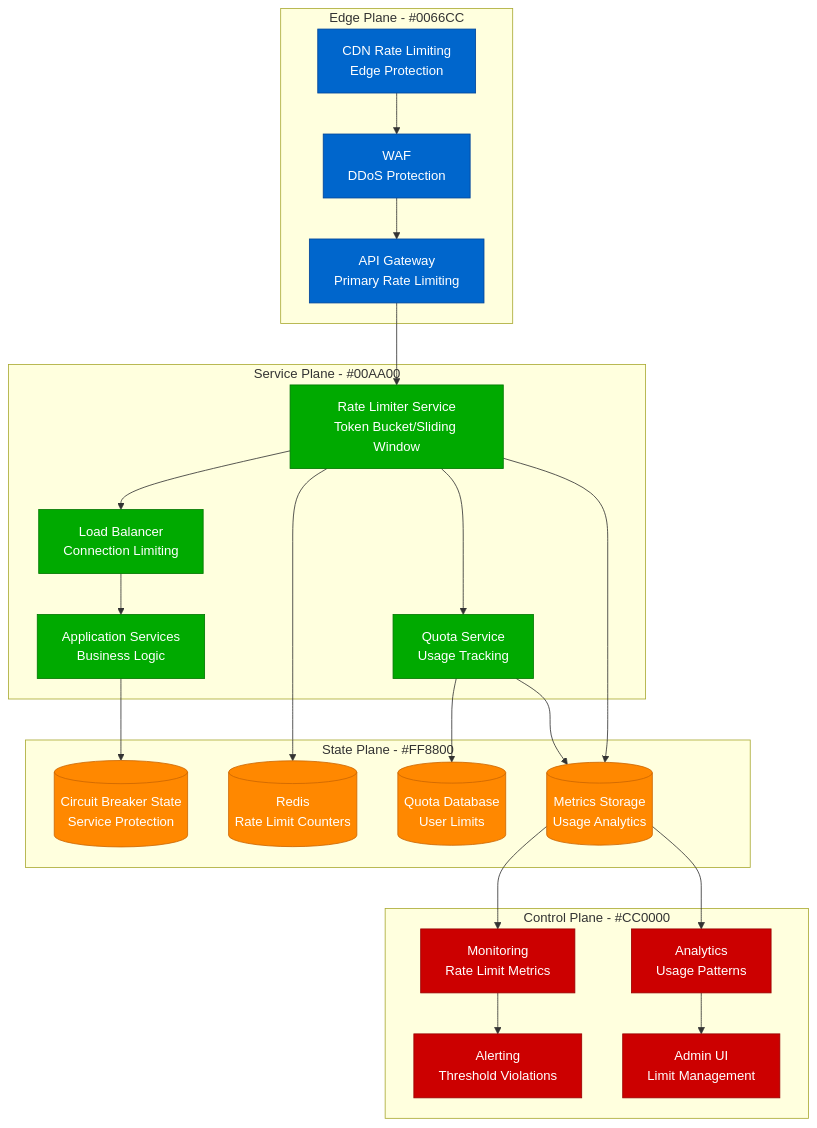
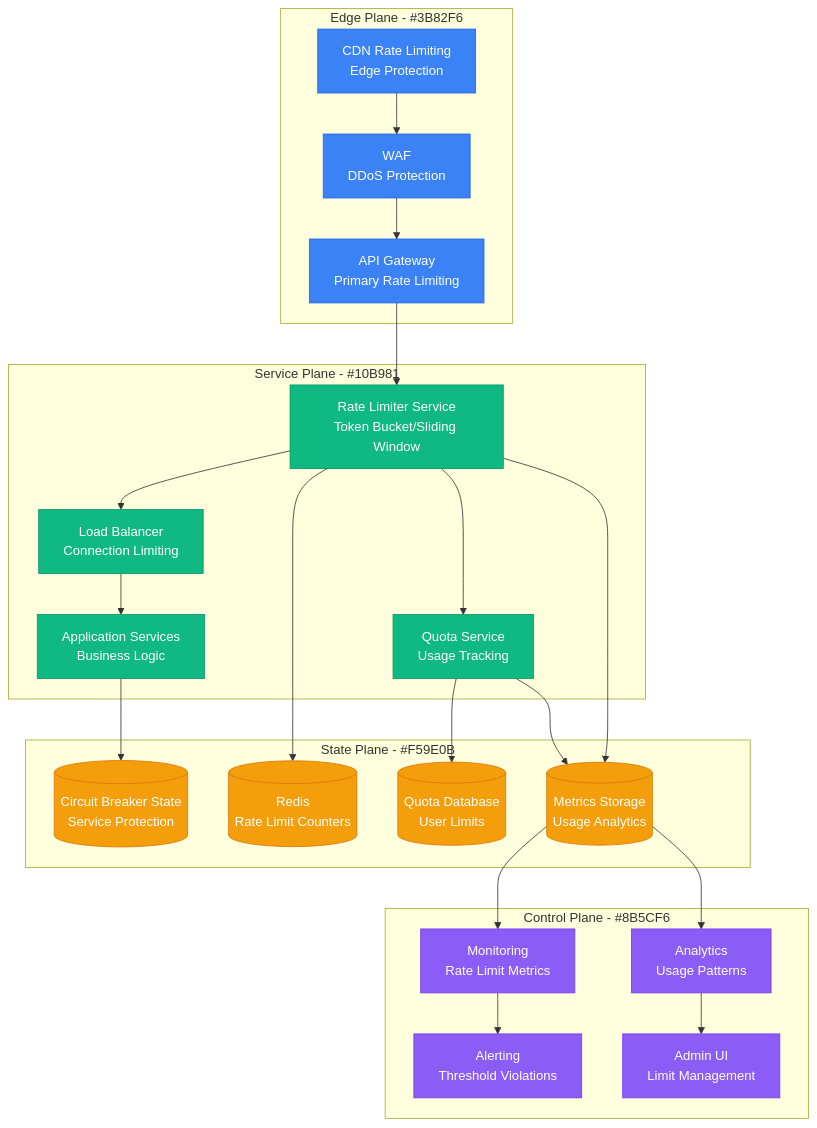
Before and after one commit to deepaucksharma/DS: the diagram in site/docs/debugging/rate-limiting-debug.md, drawn with Mermaid. The commit also changed 187 other files, not shown here.

````diff
--- a/site/docs/debugging/rate-limiting-debug.md
+++ b/site/docs/debugging/rate-limiting-debug.md
@@ -9,61 +9,61 @@
 ```mermaid
 graph TB
-    subgraph EdgePlane[Edge Plane - #0066CC]
+    subgraph EdgePlane[Edge Plane - #3B82F6]
         CDN[CDN Rate Limiting<br/>Edge Protection]
         WAF[WAF<br/>DDoS Protection]
         API_GW[API Gateway<br/>Primary Rate Limiting]
     end
 
-    subgraph ServicePlane[Service Plane - #00AA00]
+    subgraph ServicePlane[Service Plane - #10B981]
         RATE_LIMITER[Rate Limiter Service<br/>Token Bucket/Sliding Window]
         QUOTA_SERVICE[Quota Service<br/>Usage Tracking]
         LB[Load Balancer<br/>Connection Limiting]
         APP[Application Services<br/>Business Logic]
     end
 
-    subgraph StatePlane[State Plane - #FF8800]
+    subgraph StatePlane[State Plane - #F59E0B]
         REDIS_COUNTER[(Redis<br/>Rate Limit Counters)]
         QUOTA_DB[(Quota Database<br/>User Limits)]
         METRICS_DB[(Metrics Storage<br/>Usage Analytics)]
         CIRCUIT_BREAKER[(Circuit Breaker State<br/>Service Protection)]
     end
 
-    subgraph ControlPlane[Control Plane - #CC0000]
+    subgraph ControlPlane[Control Plane - #8B5CF6]
         MONITOR[Monitoring<br/>Rate Limit Metrics]
         ALERTING[Alerting<br/>Threshold Violations]
         ANALYTICS[Analytics<br/>Usage Patterns]
         ADMIN_UI[Admin UI<br/>Limit Management]
     end
 
     %% Request flow
     CDN --> WAF
     WAF --> API_GW
     API_GW --> RATE_LIMITER
     RATE_LIMITER --> LB
     LB --> APP
 
     %% Rate limiting data flow
     RATE_LIMITER --> REDIS_COUNTER
     QUOTA_SERVICE --> QUOTA_DB
     RATE_LIMITER --> QUOTA_SERVICE
     APP --> CIRCUIT_BREAKER
 
     %% Monitoring flow
     RATE_LIMITER --> METRICS_DB
     QUOTA_SERVICE --> METRICS_DB
     METRICS_DB --> MONITOR
     MONITOR --> ALERTING
     METRICS_DB --> ANALYTICS
     ANALYTICS --> ADMIN_UI
 
     %% Apply styles
-    classDef edgeStyle fill:#0066CC,stroke:#004499,color:#fff
-    classDef serviceStyle fill:#00AA00,stroke:#007700,color:#fff
-    classDef stateStyle fill:#FF8800,stroke:#CC6600,color:#fff
-    classDef controlStyle fill:#CC0000,stroke:#990000,color:#fff
+    classDef edgeStyle fill:#3B82F6,stroke:#2563EB,color:#fff
+    classDef serviceStyle fill:#10B981,stroke:#059669,color:#fff
+    classDef stateStyle fill:#F59E0B,stroke:#D97706,color:#fff
+    classDef controlStyle fill:#8B5CF6,stroke:#7C3AED,color:#fff
 
     class CDN,WAF,API_GW edgeStyle
     class RATE_LIMITER,QUOTA_SERVICE,LB,APP serviceStyle
     class REDIS_COUNTER,QUOTA_DB,METRICS_DB,CIRCUIT_BREAKER stateStyle
     class MONITOR,ALERTING,ANALYTICS,ADMIN_UI controlStyle
 ```
````
